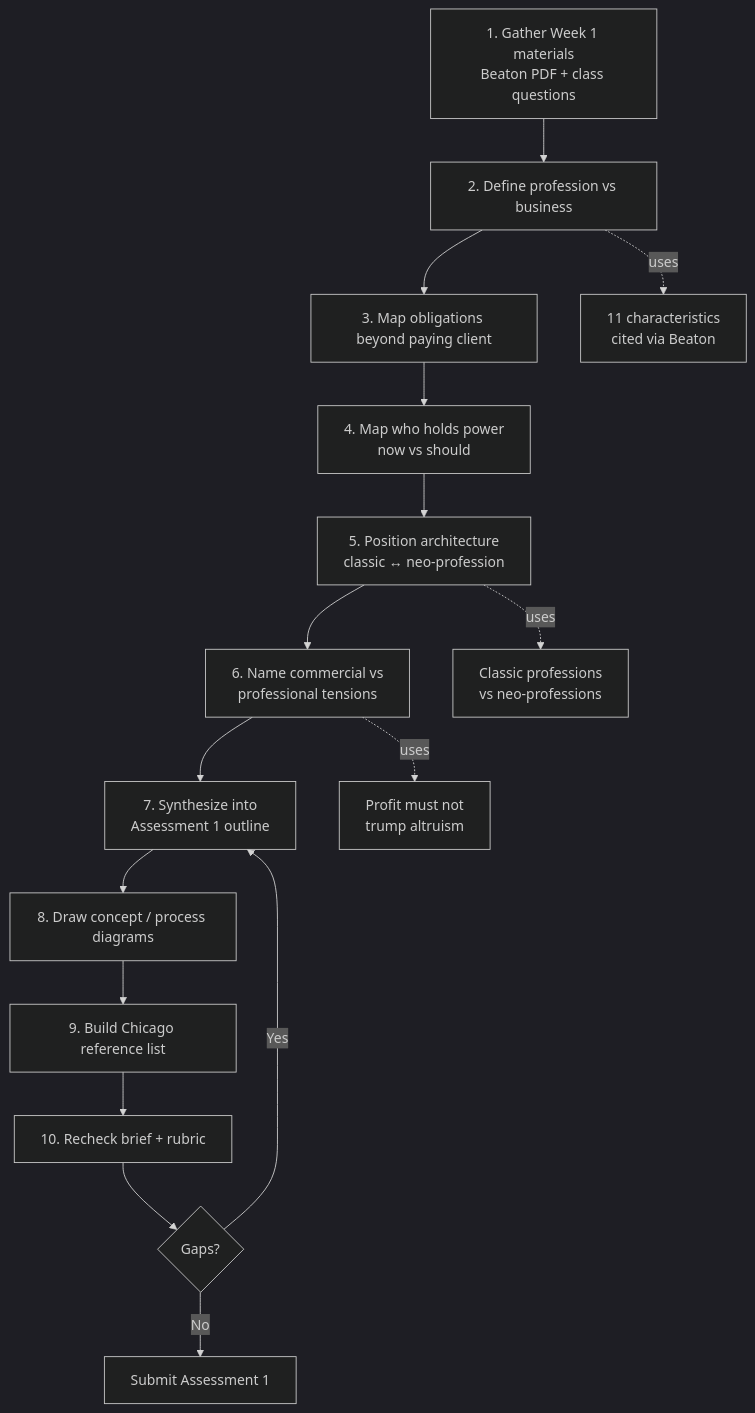
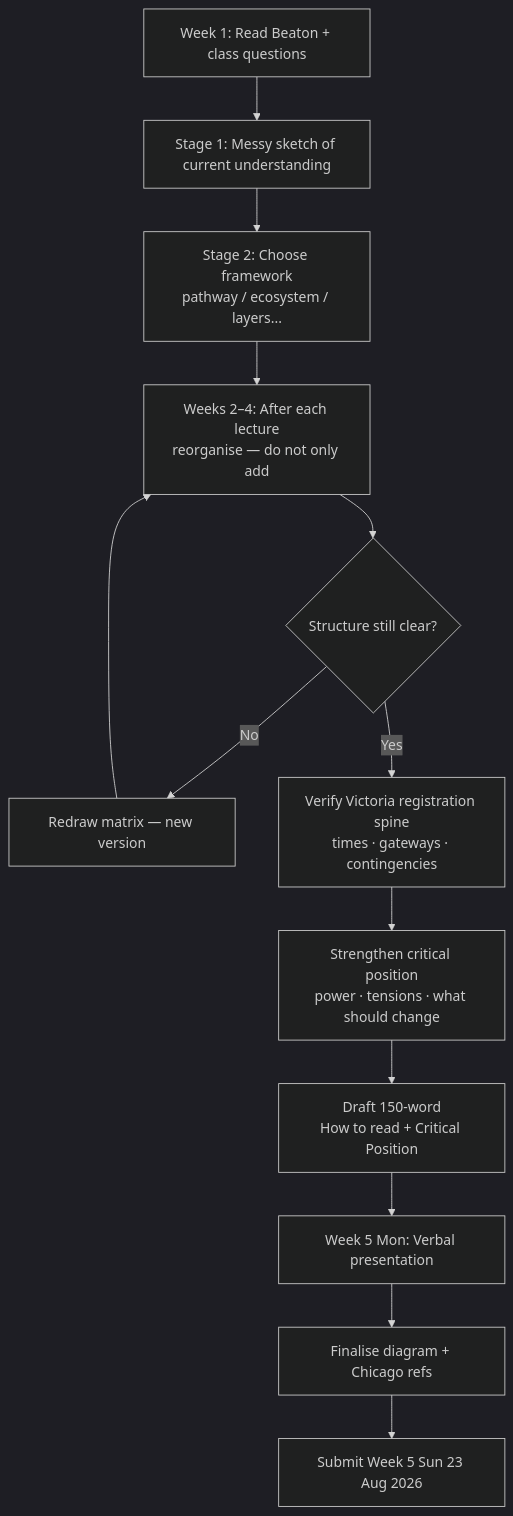
Before and after one commit to feangkan/PP1_tools: the first of 2 diagrams in 05-diagrams/assessment-1-process-flow.md, drawn with Mermaid (dark theme). The commit also changed other lines of this file and 4 other files, not shown here.

First line of the commit message:
Align Week 1 diagram prep with Assessment 1 Disciplinary Matrix brief

````diff
--- a/05-diagrams/assessment-1-process-flow.md
+++ b/05-diagrams/assessment-1-process-flow.md
@@ -10,19 +10,15 @@
 ```mermaid
 flowchart TD
-  A[1. Gather Week 1 materials<br/>Beaton PDF + class questions] --> B[2. Define profession vs business]
-  B --> C[3. Map obligations beyond paying client]
-  C --> D[4. Map who holds power<br/>now vs should]
-  D --> E[5. Position architecture<br/>classic ↔ neo-profession]
-  E --> F[6. Name commercial vs<br/>professional tensions]
-  F --> G[7. Synthesize into<br/>Assessment 1 outline]
-  G --> H[8. Draw concept / process diagrams]
-  H --> I[9. Build Chicago reference list]
-  I --> J[10. Recheck brief + rubric]
-  J --> K{Gaps?}
-  K -->|Yes| G
-  K -->|No| L[Submit Assessment 1]
-
-  B -. uses .-> B1[11 characteristics<br/>cited via Beaton]
-  E -. uses .-> E1[Classic professions<br/>vs neo-professions]
-  F -. uses .-> F1[Profit must not<br/>trump altruism]
+  W1[Week 1: Read Beaton + class questions] --> S1[Stage 1: Messy sketch of current understanding]
+  S1 --> S2[Stage 2: Choose framework<br/>pathway / ecosystem / layers...]
+  S2 --> LOOP[Weeks 2–4: After each lecture<br/>reorganise — do not only add]
+  LOOP --> VER{Structure still clear?}
+  VER -->|No| REDRAW[Redraw matrix — new version]
+  REDRAW --> LOOP
+  VER -->|Yes| SPINE[Verify Victoria registration spine<br/>times · gateways · contingencies]
+  SPINE --> CRIT[Strengthen critical position<br/>power · tensions · what should change]
+  CRIT --> WORDS[Draft 150-word<br/>How to read + Critical Position]
+  WORDS --> PRES[Week 5 Mon: Verbal presentation]
+  PRES --> FINAL[Finalise diagram + Chicago refs]
+  FINAL --> SUB[Submit Week 5 Sun 23 Aug 2026]
 ```
````
